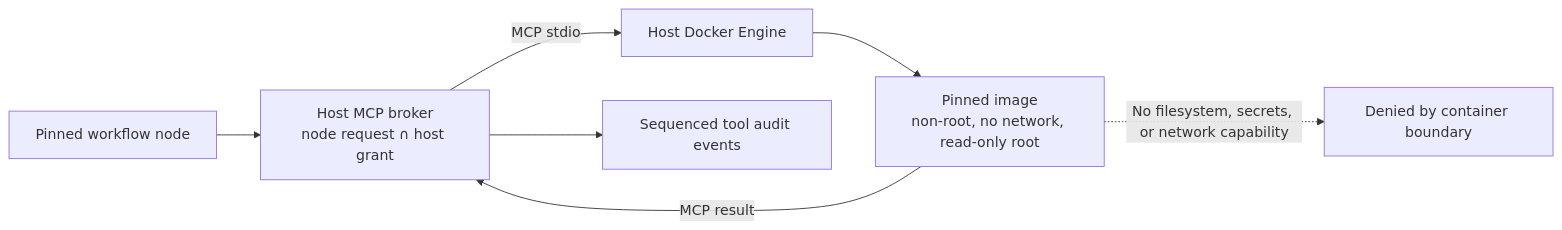
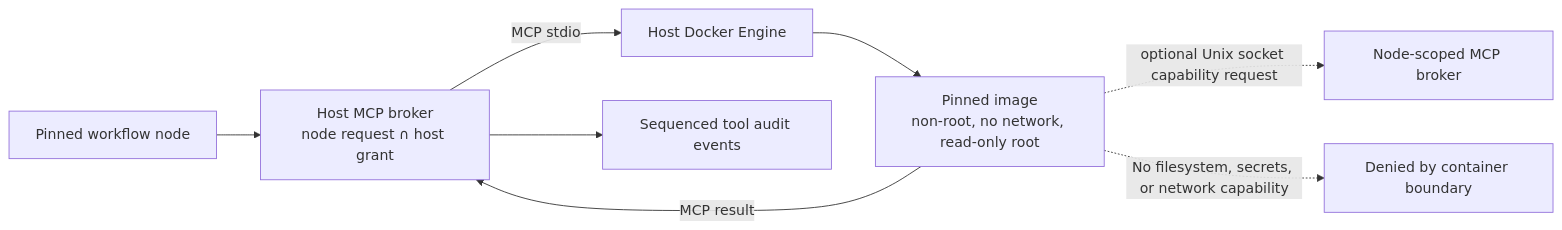
The diagram in docs/extension-workers.md (gnalvesteffer/visual-agent-workflow), drawn with Mermaid before and after one commit. The commit also changed other lines of this file and 16 other files, not shown here.

Commit message:
feat: broker worker capabilities through host policy

````diff
--- a/docs/extension-workers.md
+++ b/docs/extension-workers.md
@@ -5,9 +5,10 @@
 ```mermaid
 flowchart LR
     Workflow["Pinned workflow node"] --> Broker["Host MCP broker\nnode request ∩ host grant"]
     Broker -->|"MCP stdio"| Docker["Host Docker Engine"]
     Docker --> Worker["Pinned image\nnon-root, no network, read-only root"]
     Worker -->|"MCP result"| Broker
+    Worker -. "optional Unix socket capability request" .-> Capability["Node-scoped MCP broker"]
     Broker --> Audit["Sequenced tool audit events"]
     Worker -. "No filesystem, secrets, or network capability" .-> Denied["Denied by container boundary"]
 ```
````
